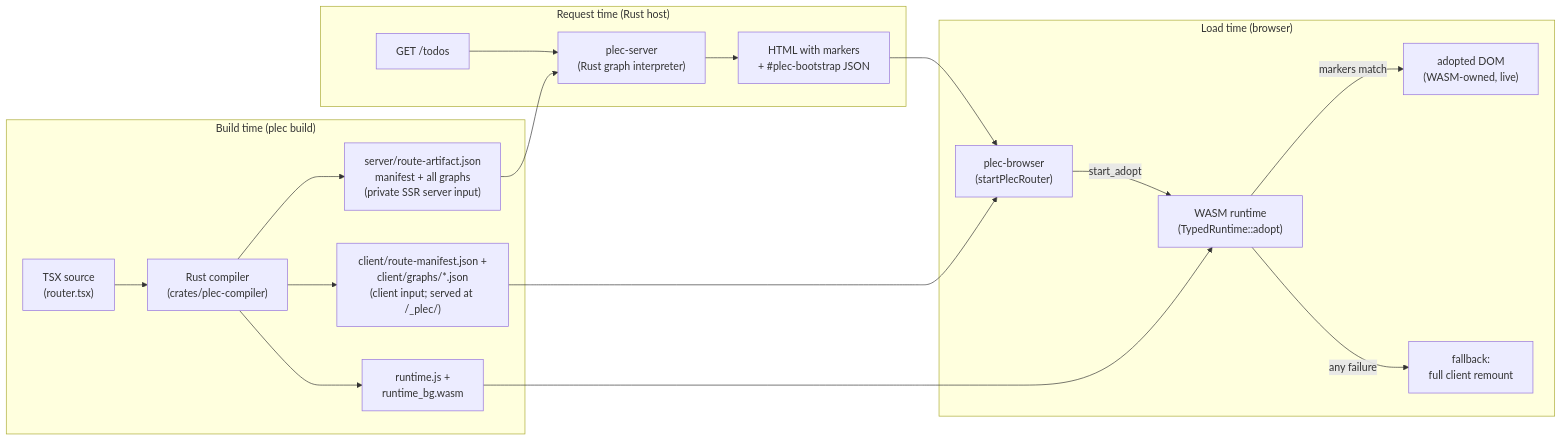
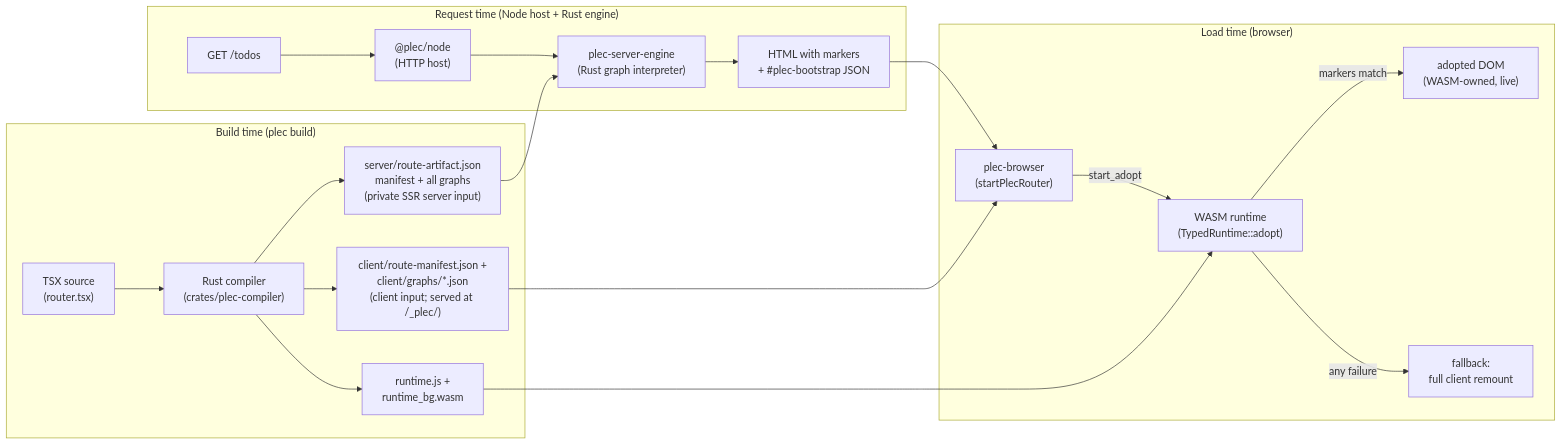
The first of 2 diagrams in docs/ssr-architecture.md (haitchstubbs/plec), drawn with Mermaid before and after one commit. The commit also changed other lines of this file and 135 other files, not shown here.

First line of the commit message:
Feat/node host (#69)

````diff
--- a/docs/ssr-architecture.md
+++ b/docs/ssr-architecture.md
@@ -17,24 +17,25 @@
 ```mermaid
 flowchart LR
     subgraph build["Build time (plec build)"]
         SRC["TSX source\n(router.tsx)"] --> RC["Rust compiler\n(crates/plec-compiler)"]
         RC --> RA["server/route-artifact.json\nmanifest + all graphs\n(private SSR server input)"]
         RC --> RM["client/route-manifest.json +\nclient/graphs/*.json\n(client input; served at /_plec/)"]
         RC --> WASM["runtime.js +\nruntime_bg.wasm"]
     end
 
-    subgraph server["Request time (Rust host)"]
-        REQ["GET /todos"] --> PS["plec-server\n(Rust graph interpreter)"]
+    subgraph server["Request time (Node host + Rust engine)"]
+        REQ["GET /todos"] --> NODE["@plec/node\n(HTTP host)"]
+        NODE --> PS["plec-server-engine\n(Rust graph interpreter)"]
         RA --> PS
         PS --> HTML["HTML with markers\n+ #plec-bootstrap JSON"]
     end
 
     subgraph client["Load time (browser)"]
         HTML --> BR["plec-browser\n(startPlecRouter)"]
         RM --> BR
         BR -->|start_adopt| RT["WASM runtime\n(TypedRuntime::adopt)"]
         WASM --> RT
         RT -->|markers match| LIVE["adopted DOM\n(WASM-owned, live)"]
         RT -->|any failure| FB["fallback:\nfull client remount"]
     end
 ```
````
